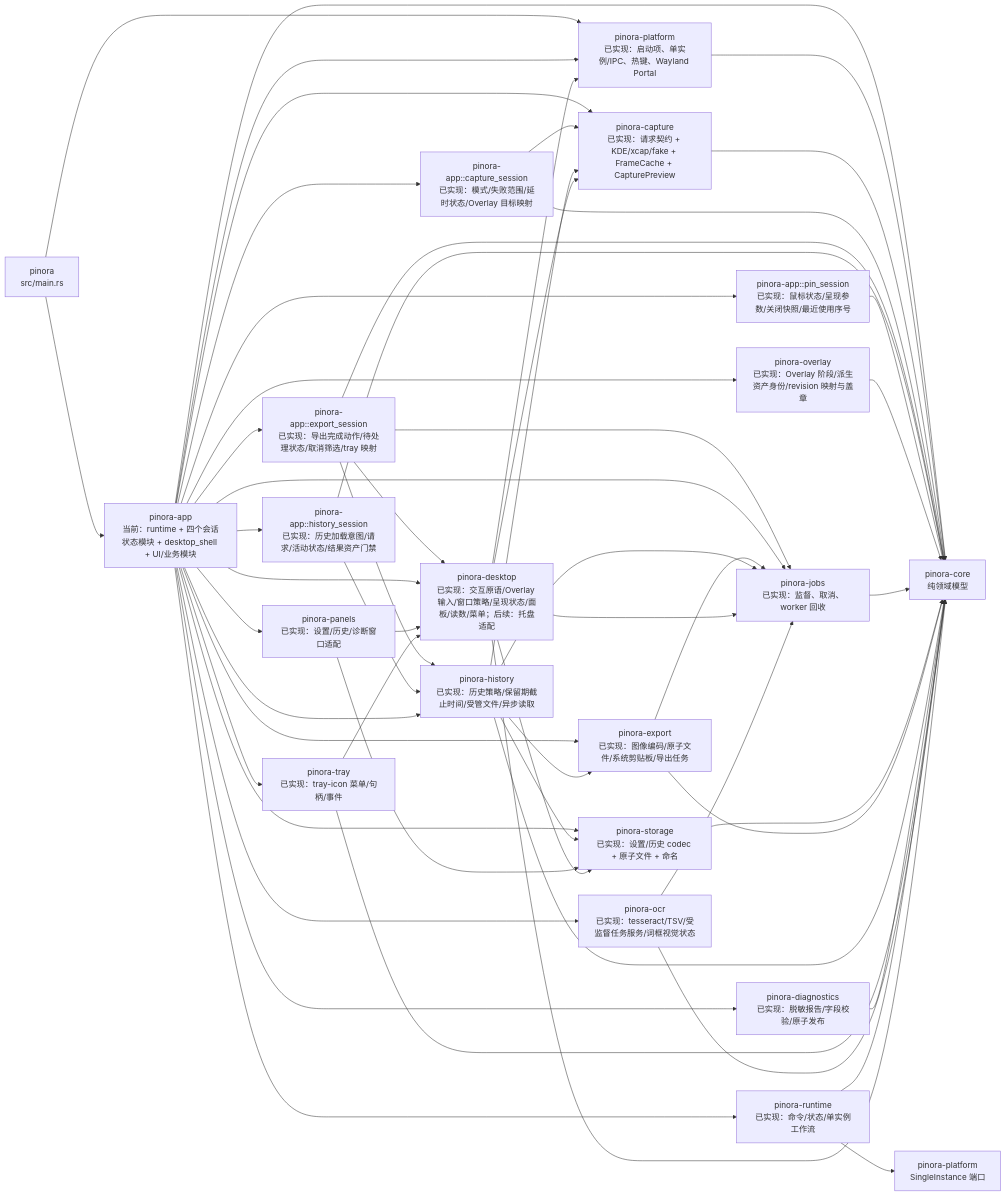
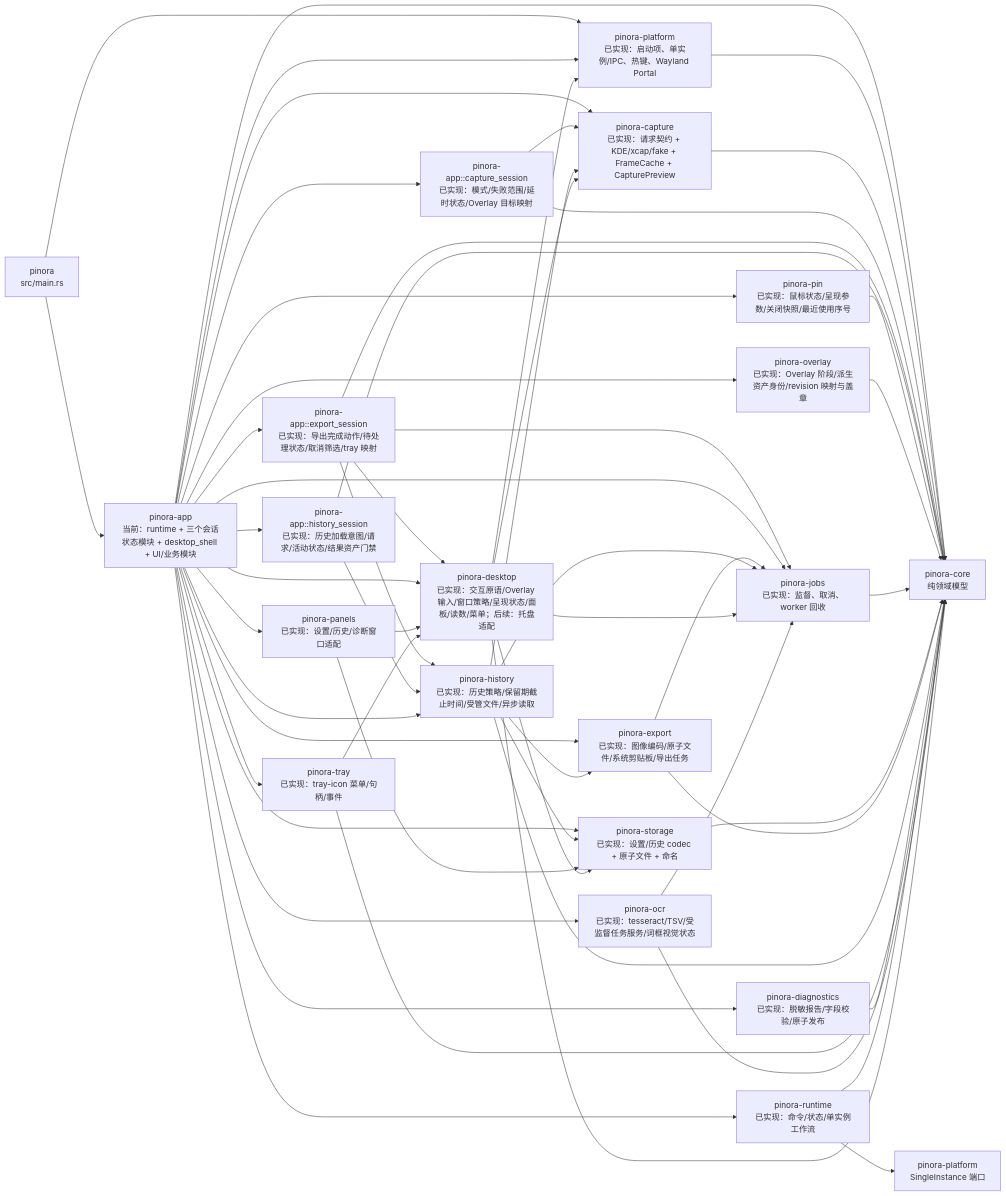
The third of 29 diagrams in docs/Pinora-开发设计文档.md (yhyzgn/pinora), drawn with Mermaid before and after one commit. The commit also changed other lines of this file and 13 other files, not shown here.

First line of the commit message:
refactor(pin): extract pure pin session crate

````diff
--- a/docs/Pinora-开发设计文档.md
+++ b/docs/Pinora-开发设计文档.md
@@ -236,59 +236,59 @@
 ```mermaid
 flowchart LR
-    Main["pinora\nsrc/main.rs"] --> App["pinora-app\n当前：runtime + 四个会话状态模块 + desktop_shell + UI/业务模块"]
+    Main["pinora\nsrc/main.rs"] --> App["pinora-app\n当前：runtime + 三个会话状态模块 + desktop_shell + UI/业务模块"]
     Main --> Platform["pinora-platform\n已实现：启动项、单实例/IPC、热键、Wayland Portal"]
     App --> Platform
     App --> Core["pinora-core\n纯领域模型"]
     Platform --> Core
 
     App --> CaptureNow["pinora-capture\n已实现：请求契约 + KDE/xcap/fake + FrameCache + CapturePreview"]
     CaptureNow --> Core
     App --> CaptureSession["pinora-app::capture_session\n已实现：模式/失败范围/延时状态/Overlay 目标映射"]
     CaptureSession --> CaptureNow
     CaptureSession --> Core
     App --> ExportSession["pinora-app::export_session\n已实现：导出完成动作/待处理状态/取消筛选/tray 映射"]
     ExportSession --> Core
     ExportSession --> HistoryNow
     ExportSession --> Desktop
     ExportSession --> JobsNow
     App --> HistorySession["pinora-app::history_session\n已实现：历史加载意图/请求/活动状态/结果资产门禁"]
     HistorySession --> Core
     HistorySession --> HistoryNow
-    App --> PinSession["pinora-app::pin_session\n已实现：鼠标状态/呈现参数/关闭快照/最近使用序号"]
+    App --> PinSession["pinora-pin\n已实现：鼠标状态/呈现参数/关闭快照/最近使用序号"]
     PinSession --> Core
     App --> OverlaySession["pinora-overlay\n已实现：Overlay 阶段/派生资产身份/revision 映射与盖章"]
     OverlaySession --> Core
     App --> JobsNow["pinora-jobs\n已实现：监督、取消、worker 回收"]
     JobsNow --> Core
     App --> StorageNow["pinora-storage\n已实现：设置/历史 codec + 原子文件 + 命名"]
     StorageNow --> Core
     App --> Desktop["pinora-desktop\n已实现：交互原语/Overlay 输入/窗口策略/呈现状态/面板/读数/菜单；后续：托盘适配"]
     App --> ExportNow["pinora-export\n已实现：图像编码/原子文件/系统剪贴板/导出任务"]
     ExportNow --> Core
     ExportNow --> JobsNow
     App --> HistoryNow["pinora-history\n已实现：历史策略/保留期截止时间/受管文件/异步读取"]
     HistoryNow --> Core
     HistoryNow --> StorageNow
     HistoryNow --> CaptureNow
     HistoryNow --> JobsNow
     HistoryNow --> ExportNow
     App --> DiagnosticsNow["pinora-diagnostics\n已实现：脱敏报告/字段校验/原子发布"]
     DiagnosticsNow --> Core
     App --> PanelsNow["pinora-panels\n已实现：设置/历史/诊断窗口适配"]
     PanelsNow --> Desktop
     PanelsNow --> StorageNow
     App --> TrayNow["pinora-tray\n已实现：tray-icon 菜单/句柄/事件"]
     TrayNow --> Core
     TrayNow --> Desktop
     App --> RuntimeNow["pinora-runtime\n已实现：命令/状态/单实例工作流"]
     RuntimeNow --> Core
     RuntimeNow --> PlatformNow["pinora-platform\nSingleInstance 端口"]
     App --> Ocr["pinora-ocr\n已实现：tesseract/TSV/受监督任务服务/词框视觉状态"]
     Ocr --> Core
     Desktop --> Core
     Desktop --> Platform
     Desktop --> CaptureNow
     Desktop --> JobsNow
     Desktop --> StorageNow
     Ocr --> JobsNow
 ```
````
